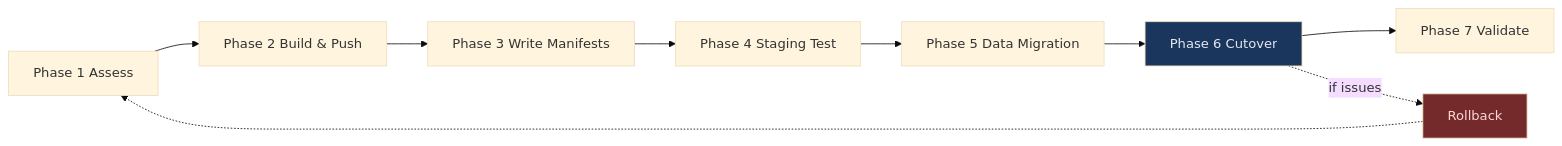
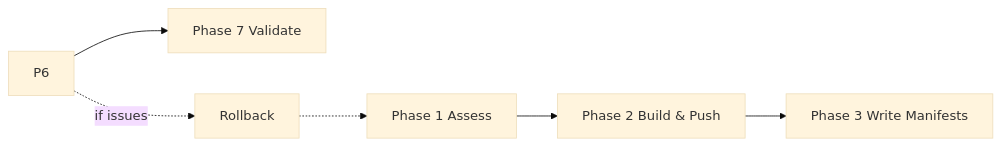
Before and after one commit to UncleJS/course_k3s: the first of 6 diagrams in 16_podman_to_k3s/04_migration_walkthrough.md, drawn with Mermaid (base theme). The commit also changed other lines of this file and 80 other files, not shown here.

````diff
--- a/16_podman_to_k3s/04_migration_walkthrough.md
+++ b/16_podman_to_k3s/04_migration_walkthrough.md
@@ -35,14 +27,8 @@
 ```mermaid
 flowchart LR
     P1[Phase 1 Assess] --> P2[Phase 2 Build & Push]
     P2 --> P3[Phase 3 Write Manifests]
-    P3 --> P4[Phase 4 Staging Test]
-    P4 --> P5[Phase 5 Data Migration]
-    P5 --> P6[Phase 6 Cutover]
     P6 --> P7[Phase 7 Validate]
     P6 -.->|if issues| RB[Rollback]
     RB -.-> P1
-
-    style RB fill:#742a2a,color:#fed7d7
-    style P6 fill:#1a365d,color:#e2e8f0
 ```
````
